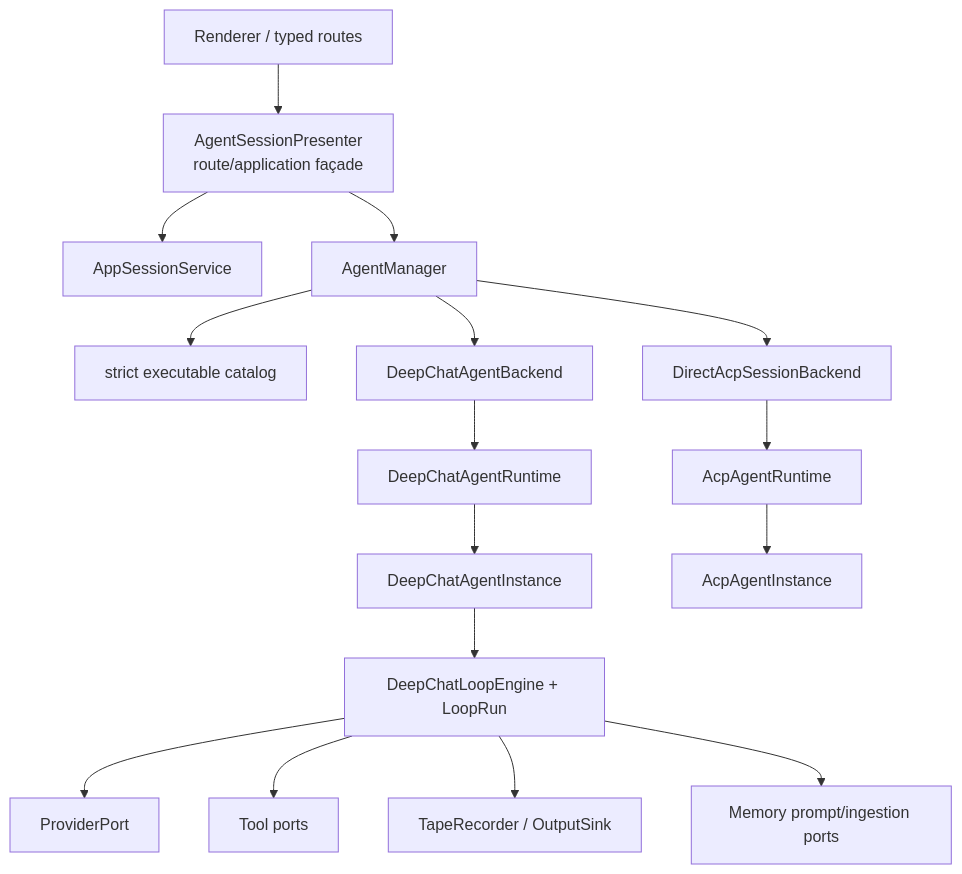
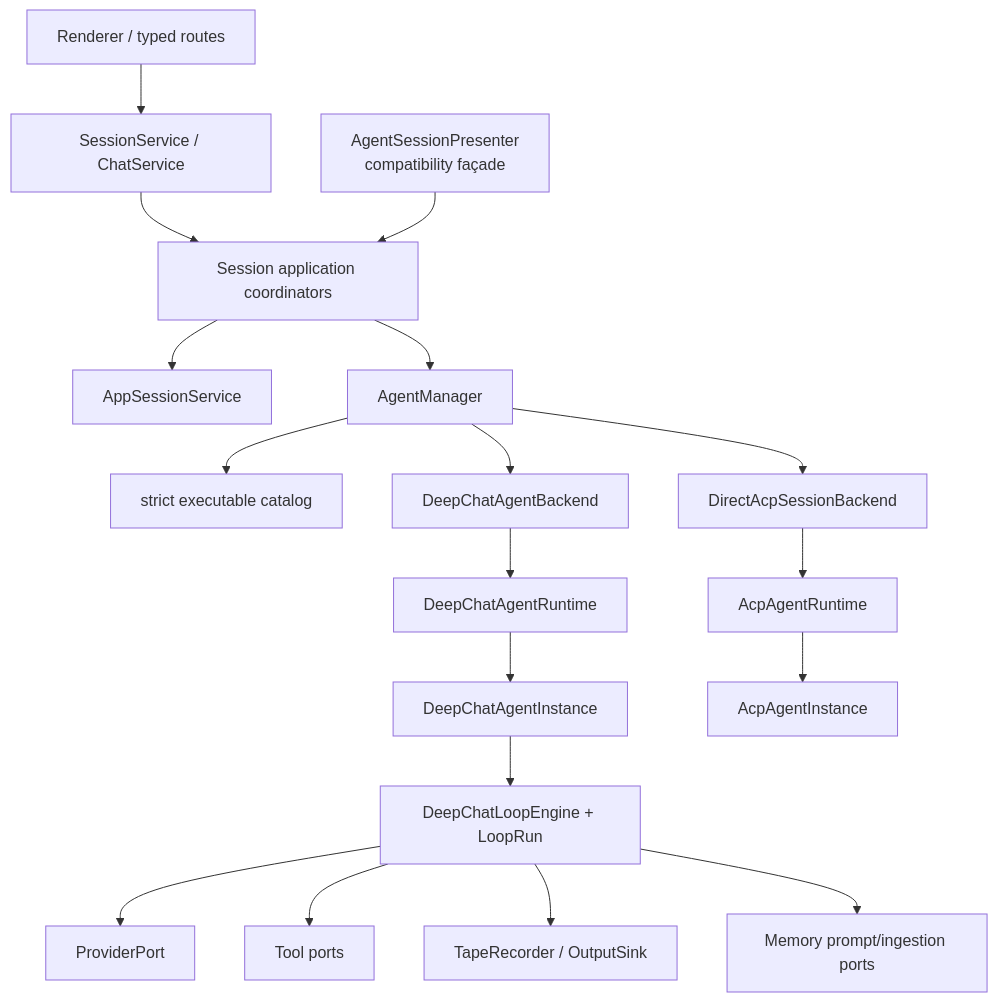
The diagram in docs/architecture/agent-system.md (ThinkInAIXYZ/deepchat), drawn with Mermaid before and after one commit. The commit also changed other lines of this file and 8 other files, not shown here.

Commit message:
docs(session): document coordinators

````diff
--- a/docs/architecture/agent-system.md
+++ b/docs/architecture/agent-system.md
@@ -32,18 +32,20 @@
 ```mermaid
 flowchart TD
-    UI["Renderer / typed routes"] --> Facade["AgentSessionPresenter<br/>route/application façade"]
-    Facade --> Sessions["AppSessionService"]
-    Facade --> Manager["AgentManager"]
+    UI["Renderer / typed routes"] --> Services["SessionService / ChatService"]
+    Services --> App["Session application coordinators"]
+    Compat["AgentSessionPresenter<br/>compatibility façade"] --> App
+    App --> Sessions["AppSessionService"]
+    App --> Manager["AgentManager"]
     Manager --> Catalog["strict executable catalog"]
     Manager --> DeepBackend["DeepChatAgentBackend"]
     Manager --> AcpBackend["DirectAcpSessionBackend"]
     DeepBackend --> DeepRuntime["DeepChatAgentRuntime"]
     DeepRuntime --> DeepInstance["DeepChatAgentInstance"]
     DeepInstance --> Loop["DeepChatLoopEngine + LoopRun"]
     AcpBackend --> AcpRuntime["AcpAgentRuntime"]
     AcpRuntime --> AcpInstance["AcpAgentInstance"]
     Loop --> Provider["ProviderPort"]
     Loop --> ToolPorts["Tool ports"]
     Loop --> Tape["TapeRecorder / OutputSink"]
     Loop --> Memory["Memory prompt/ingestion ports"]
 ```
````
